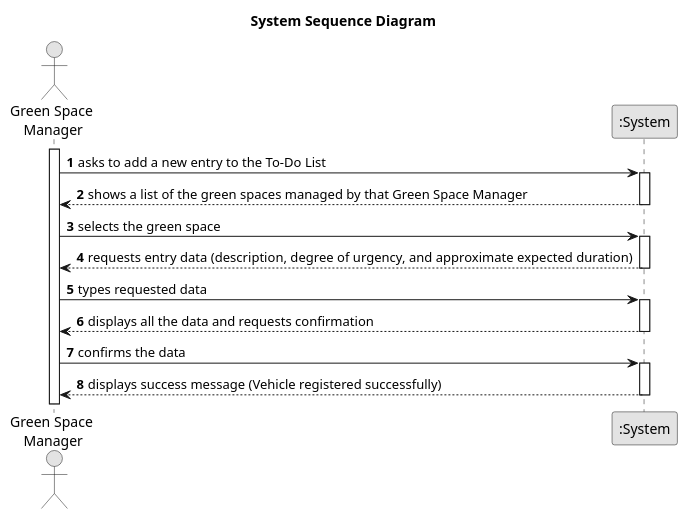
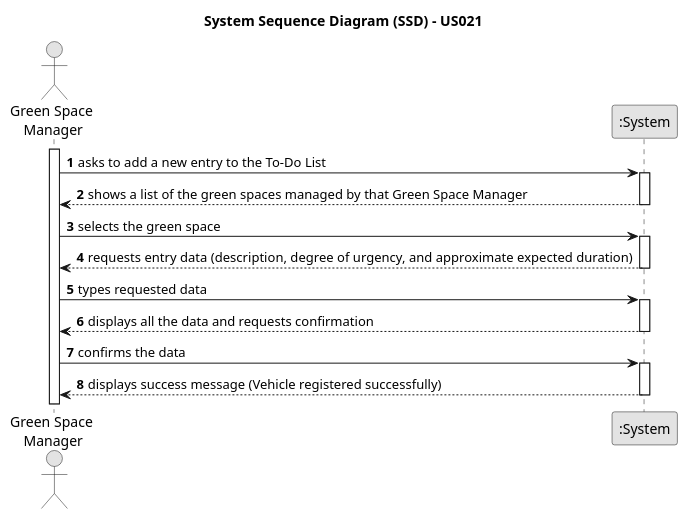
Before and after one commit to RicardoMorim/lapr2-ISEP-Project: the diagram in docs/sprintC/us021/01.requirements-engineering/puml/us021-system-sequence-diagram-alternative-one.puml, drawn with PlantUML. The commit also changed 5 other files, not shown here.

Commit message:
Updated system sequence diagram of US027 (requirements-engineering) and made a small change on US021

```diff
--- a/docs/sprintC/us021/01.requirements-engineering/puml/us021-system-sequence-diagram-alternative-one.puml
+++ b/docs/sprintC/us021/01.requirements-engineering/puml/us021-system-sequence-diagram-alternative-one.puml
@@ -1,39 +1,39 @@
 @startuml
 skinparam monochrome true
 skinparam packageStyle rectangle
 skinparam shadowing false
 
-title System Sequence Diagram
+title System Sequence Diagram (SSD) - US021
 
 autonumber
 
 actor "Green Space\n Manager" as GSM
 participant ":System" as System
 
 activate GSM
 
     GSM -> System : asks to add a new entry to the To-Do List
     activate System
 
     System --> GSM : shows a list of the green spaces managed by that Green Space Manager
     deactivate System
 
     GSM -> System : selects the green space
     activate System
 
     System --> GSM : requests entry data (description, degree of urgency, and approximate expected duration)
     deactivate System
 
     GSM -> System : types requested data
     activate System
 
     System --> GSM : displays all the data and requests confirmation
     deactivate System
 
     GSM -> System : confirms the data
     activate System
 
     System --> GSM : displays success message (Vehicle registered successfully)
     deactivate System
 
 @enduml
```
